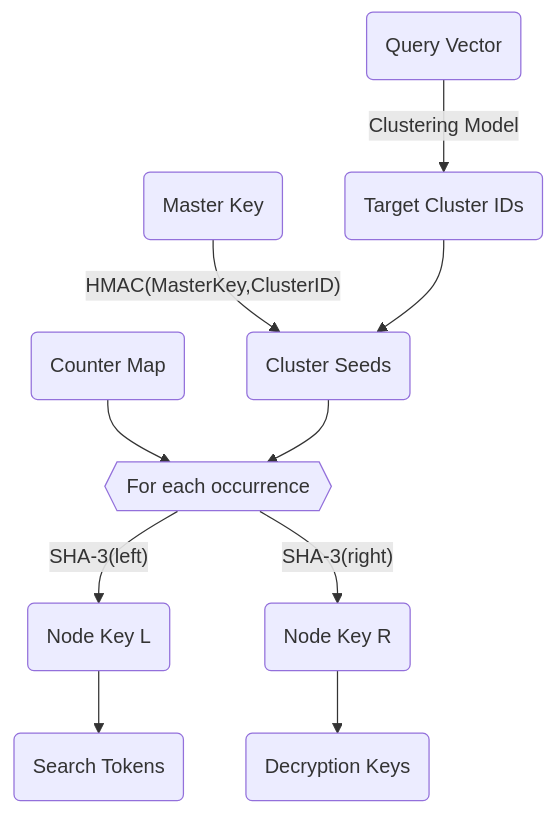
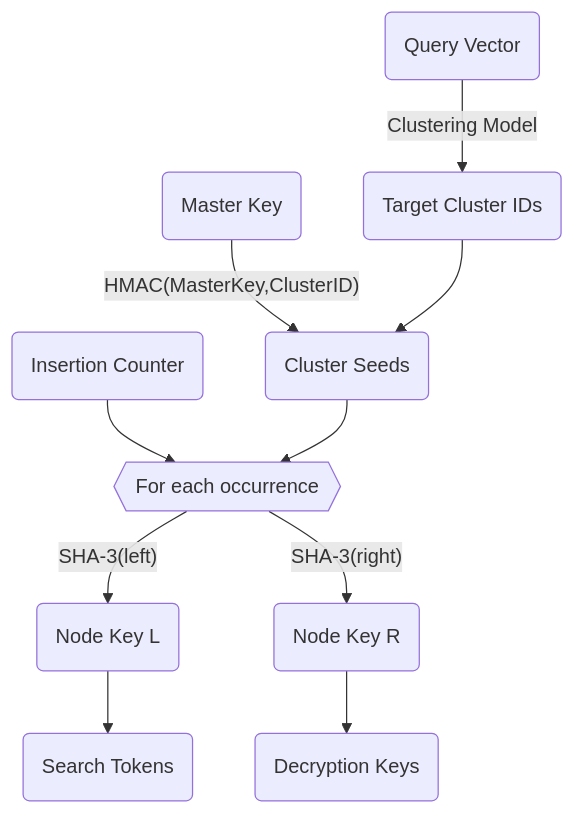
One commit to cyborginc/cyborgdb-docs changed the second of 3 diagrams in versions/next/intro/encryption.mdx. Above: the diagram before and after it, drawn with Mermaid. The commit also changed other lines of this file and 88 other files, not shown here.

````diff
--- a/versions/next/intro/encryption.mdx
+++ b/versions/next/intro/encryption.mdx
@@ -96,16 +96,16 @@
 ```mermaid
 graph TD
     A(Query Vector) -->|"Clustering Model"| B(Target Cluster IDs)
     
     MK(Master Key) -->|"HMAC(MasterKey,ClusterID)"| C(Cluster Seeds)
     B --> C
     
-    CM(Counter Map) --> ITER{{"For each occurrence"}}
+    CM(Insertion Counter) --> ITER{{"For each occurrence"}}
     C --> ITER
     
     ITER -->|"SHA-3(left)"| E1(Node Key L)
     ITER -->|"SHA-3(right)"| E2(Node Key R)
     
     E1 --> F(Search Tokens)
     E2 --> G(Decryption Keys)
 ```
````
